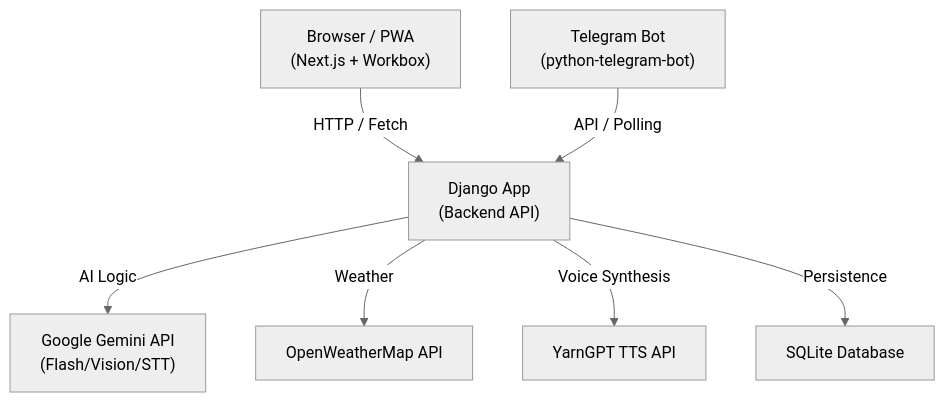
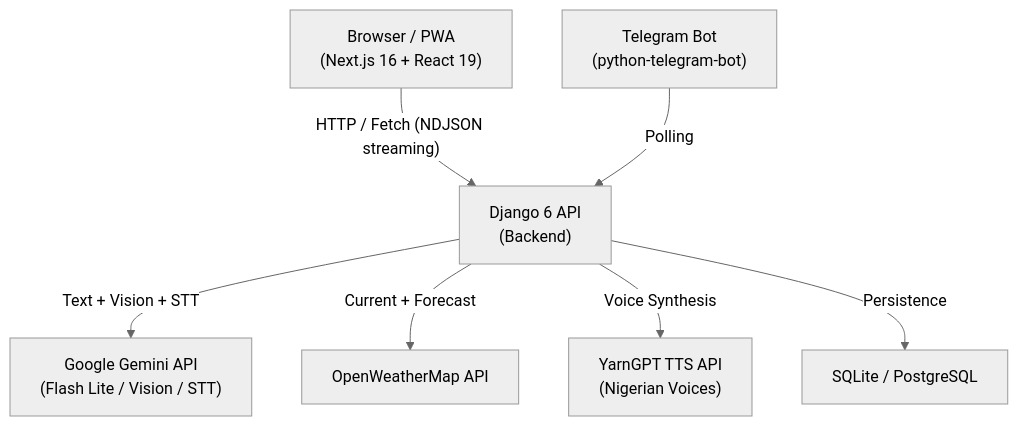
Before and after one commit to Abdul-Salam15/Farm-Buddy-v2: the first of 2 diagrams in README.md, drawn with Mermaid (neutral theme). The commit also changed other lines of this file and 1 other file, not shown here.

First line of the commit message:
docs: rewrite README with accurate versions, full env vars, and API reference

````diff
--- a/README.md
+++ b/README.md
@@ -36,17 +47,17 @@
 ```mermaid
 graph TD
-    Browser["Browser / PWA\n(Next.js + Workbox)"]
-    Django["Django App\n(Backend API)"]
-    Gemini["Google Gemini API\n(Flash/Vision/STT)"]
+    Browser["Browser / PWA\n(Next.js 16 + React 19)"]
+    Django["Django 6 API\n(Backend)"]
+    Gemini["Google Gemini API\n(Flash Lite / Vision / STT)"]
     Weather["OpenWeatherMap API"]
-    YarnGPT["YarnGPT TTS API"]
-    DB["SQLite Database"]
+    YarnGPT["YarnGPT TTS API\n(Nigerian Voices)"]
+    DB["SQLite / PostgreSQL"]
     Telegram["Telegram Bot\n(python-telegram-bot)"]
 
-    Browser -- "HTTP / Fetch" --> Django
-    Telegram -- "API / Polling" --> Django
-    Django -- "AI Logic" --> Gemini
-    Django -- "Weather" --> Weather
+    Browser -- "HTTP / Fetch (NDJSON streaming)" --> Django
+    Telegram -- "Polling" --> Django
+    Django -- "Text + Vision + STT" --> Gemini
+    Django -- "Current + Forecast" --> Weather
     Django -- "Voice Synthesis" --> YarnGPT
     Django -- "Persistence" --> DB
 ```
````
